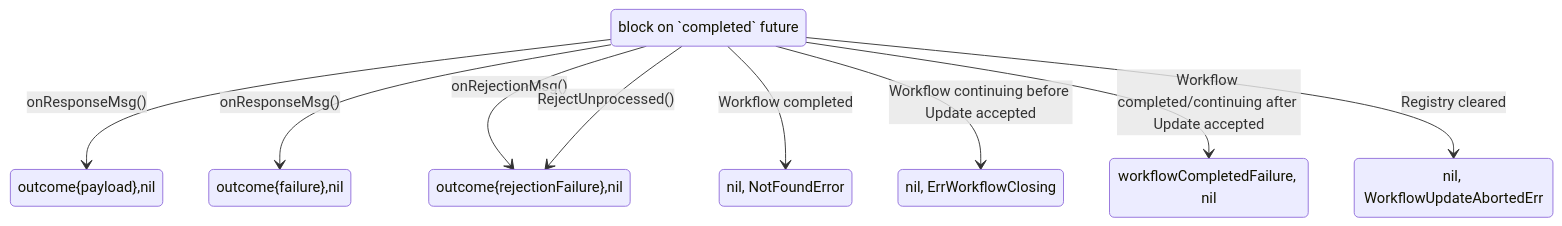
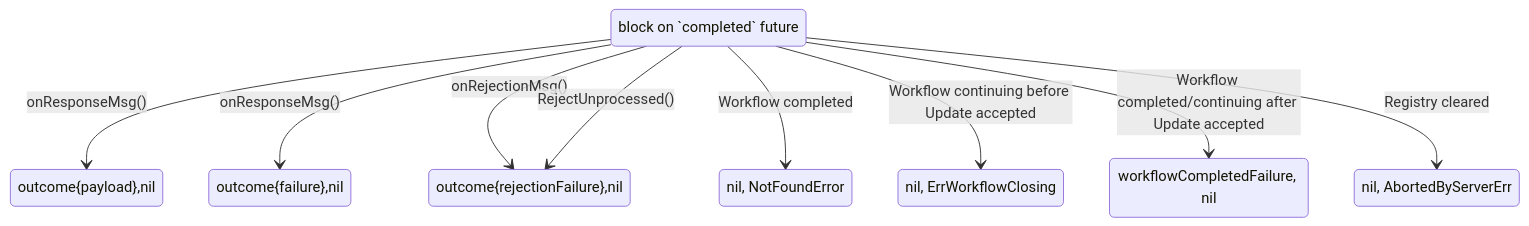
Before and after one commit to temporalio/temporal: the fifth of 6 diagrams in docs/architecture/workflow-update.md, drawn with Mermaid. The commit also changed other lines of this file and 5 other files, not shown here.

````diff
--- a/docs/architecture/workflow-update.md
+++ b/docs/architecture/workflow-update.md
@@ -274,20 +273,20 @@
 ```mermaid
 stateDiagram-v2
     blockCompleted: block on `completed` future
     completed: outcome{payload},nil
     failed: outcome{failure},nil
     rejected: outcome{rejectionFailure},nil
     notFoundError: nil, NotFoundError
     wfContinuingError: nil, ErrWorkflowClosing
     wfCompletedFailure: workflowCompletedFailure, nil
-    updateAbortedError: nil, WorkflowUpdateAbortedErr
+    updateAbortedError: nil, AbortedByServerErr
     
     blockCompleted --> completed: onResponseMsg()
     blockCompleted --> failed: onResponseMsg()
     blockCompleted --> rejected: onRejectionMsg()
     blockCompleted --> rejected: RejectUnprocessed()
     blockCompleted --> notFoundError: Workflow completed
     blockCompleted --> wfContinuingError: Workflow continuing before Update accepted
     blockCompleted --> wfCompletedFailure: Workflow completed/continuing after Update accepted
     blockCompleted --> updateAbortedError: Registry cleared
 ```
````
